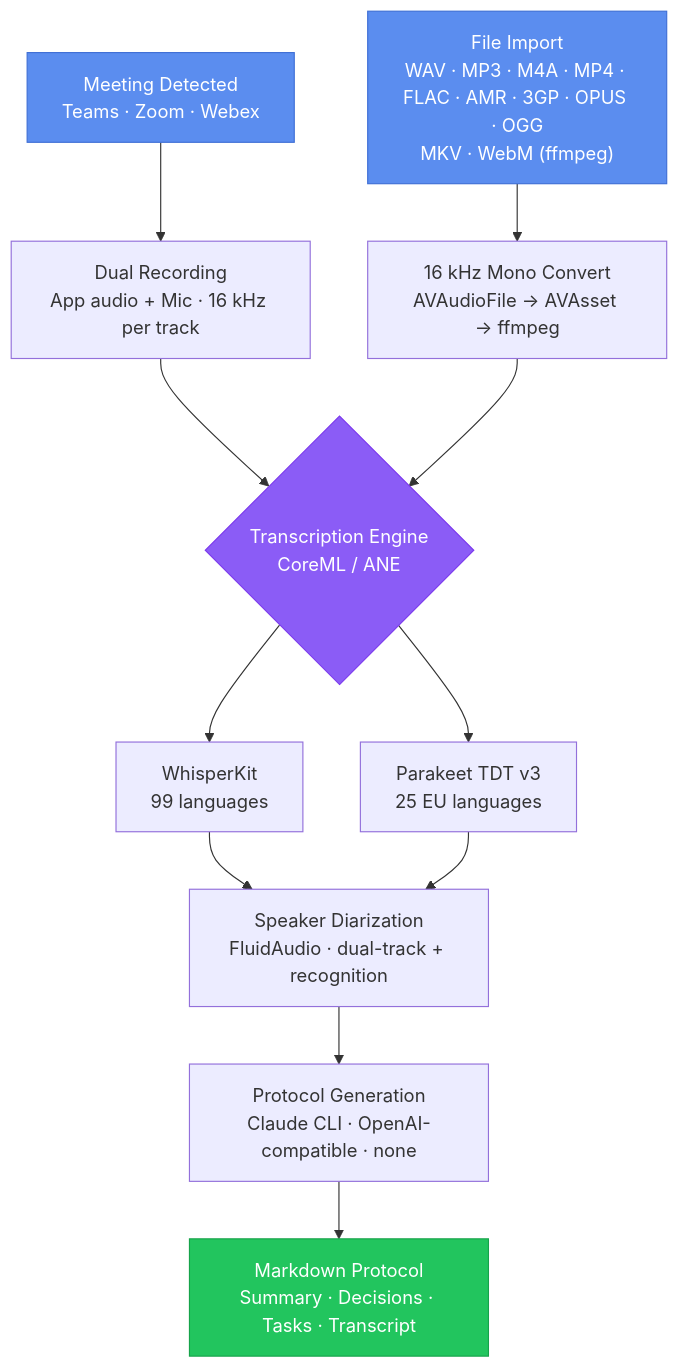
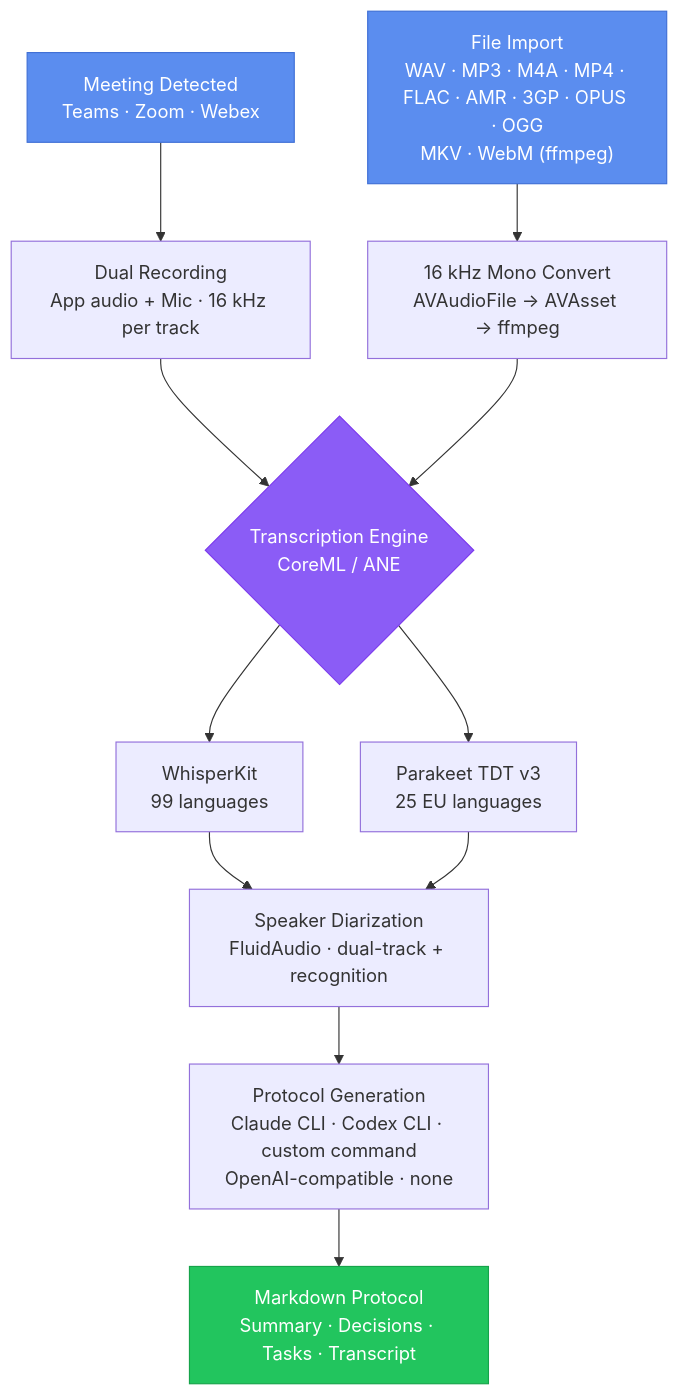
The diagram in README.md (wapp-its/meeting-transcriber), drawn with Mermaid before and after one commit. The commit also changed other lines of this file and 1 other file, not shown here.

First line of the commit message:
docs: list the Codex CLI and custom command protocol providers

````diff
--- a/README.md
+++ b/README.md
@@ -48,31 +48,31 @@
 ```mermaid
 flowchart TD
     A["Meeting Detected<br/>Teams · Zoom · Webex"]
     A2["File Import<br/>WAV · MP3 · M4A · MP4 · FLAC · AMR · 3GP · OPUS · OGG<br/>MKV · WebM (ffmpeg)"]
     B["Dual Recording<br/>App audio + Mic · 16 kHz per track"]
     C["16 kHz Mono Convert<br/>AVAudioFile → AVAsset → ffmpeg"]
     D{"Transcription Engine<br/>CoreML / ANE"}
     D1["WhisperKit<br/>99 languages"]
     D2["Parakeet TDT v3<br/>25 EU languages"]
     E["Speaker Diarization<br/>FluidAudio · dual-track + recognition"]
-    F["Protocol Generation<br/>Claude CLI · OpenAI-compatible · none"]
+    F["Protocol Generation<br/>Claude CLI · Codex CLI · custom command<br/>OpenAI-compatible · none"]
     G["Markdown Protocol<br/>Summary · Decisions · Tasks · Transcript"]
 
     A --> B
     A2 --> C
     B --> D
     C --> D
     D --> D1
     D --> D2
     D1 --> E
     D2 --> E
     E --> F
     F --> G
 
     classDef input fill:#5B8DEF,stroke:#3F6FD5,color:#fff
     classDef engine fill:#8B5CF6,stroke:#7C3AED,color:#fff
     classDef output fill:#22C55E,stroke:#16A34A,color:#fff
     class A,A2 input
     class D engine
     class G output
 ```
````
